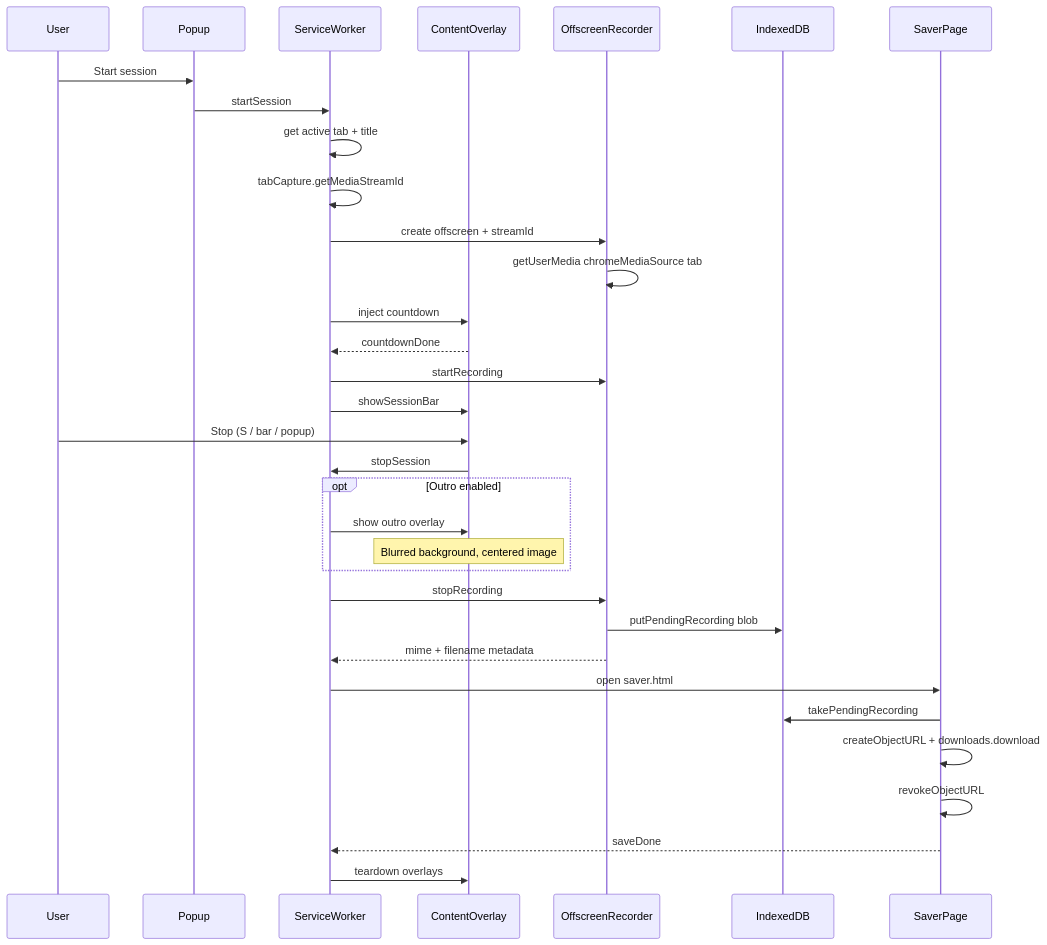
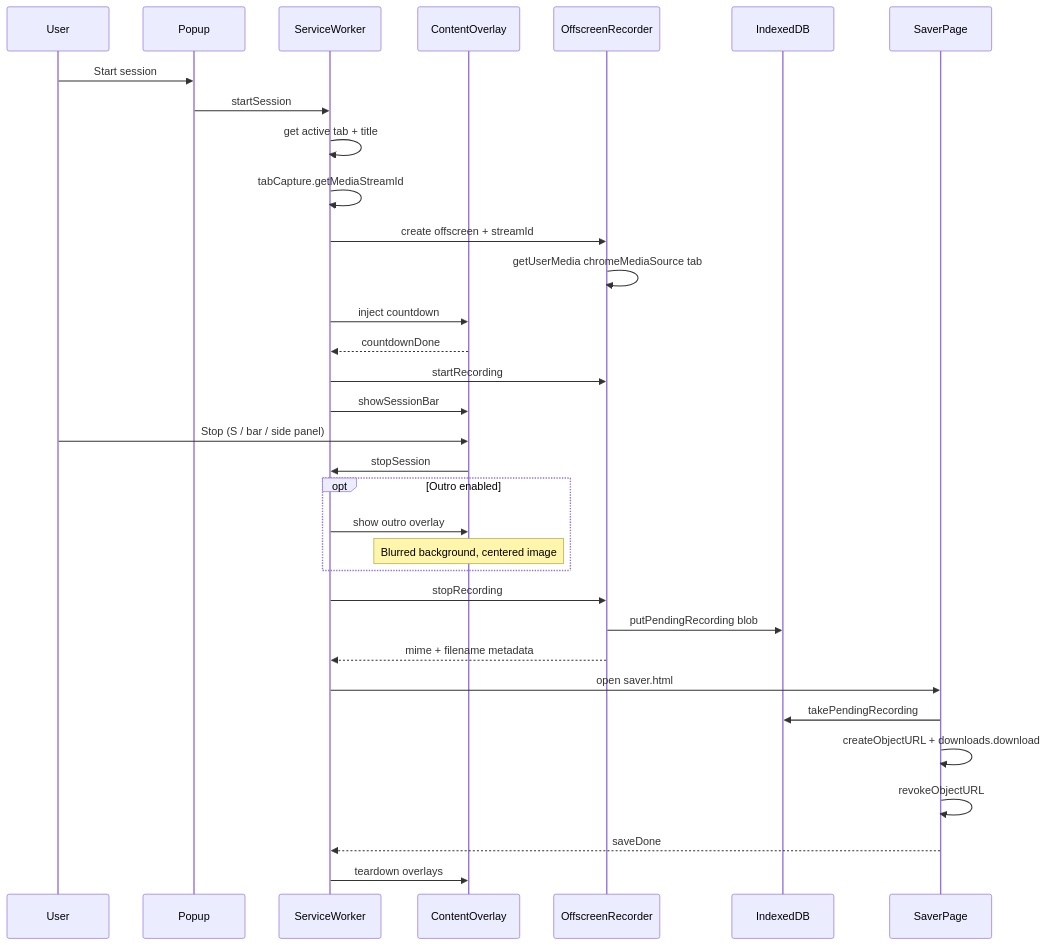
The diagram in README.md (exergy-connect/xFrame-plugin), drawn with Mermaid before and after one commit. The commit also changed other lines of this file and 7 other files, not shown here.

Commit message:
Release 1.4.0 with soundtracks and persistent side-panel controls

````diff
--- a/README.md
+++ b/README.md
@@ -145,36 +145,36 @@
 ```mermaid
 sequenceDiagram
   participant User
   participant Popup
   participant SW as ServiceWorker
   participant CS as ContentOverlay
   participant OS as OffscreenRecorder
   participant IDB as IndexedDB
   participant Saver as SaverPage
 
   User->>Popup: Start session
   Popup->>SW: startSession
   SW->>SW: get active tab + title
   SW->>SW: tabCapture.getMediaStreamId
   SW->>OS: create offscreen + streamId
   OS->>OS: getUserMedia chromeMediaSource tab
   SW->>CS: inject countdown
   CS-->>SW: countdownDone
   SW->>OS: startRecording
   SW->>CS: showSessionBar
-  User->>CS: Stop (S / bar / popup)
+  User->>CS: Stop (S / bar / side panel)
   CS->>SW: stopSession
   opt Outro enabled
     SW->>CS: show outro overlay
     Note over CS: Blurred background, centered image
   end
   SW->>OS: stopRecording
   OS->>IDB: putPendingRecording blob
   OS-->>SW: mime + filename metadata
   SW->>Saver: open saver.html
   Saver->>IDB: takePendingRecording
   Saver->>Saver: createObjectURL + downloads.download
   Saver->>Saver: revokeObjectURL
   Saver-->>SW: saveDone
   SW->>CS: teardown overlays
 ```
````
